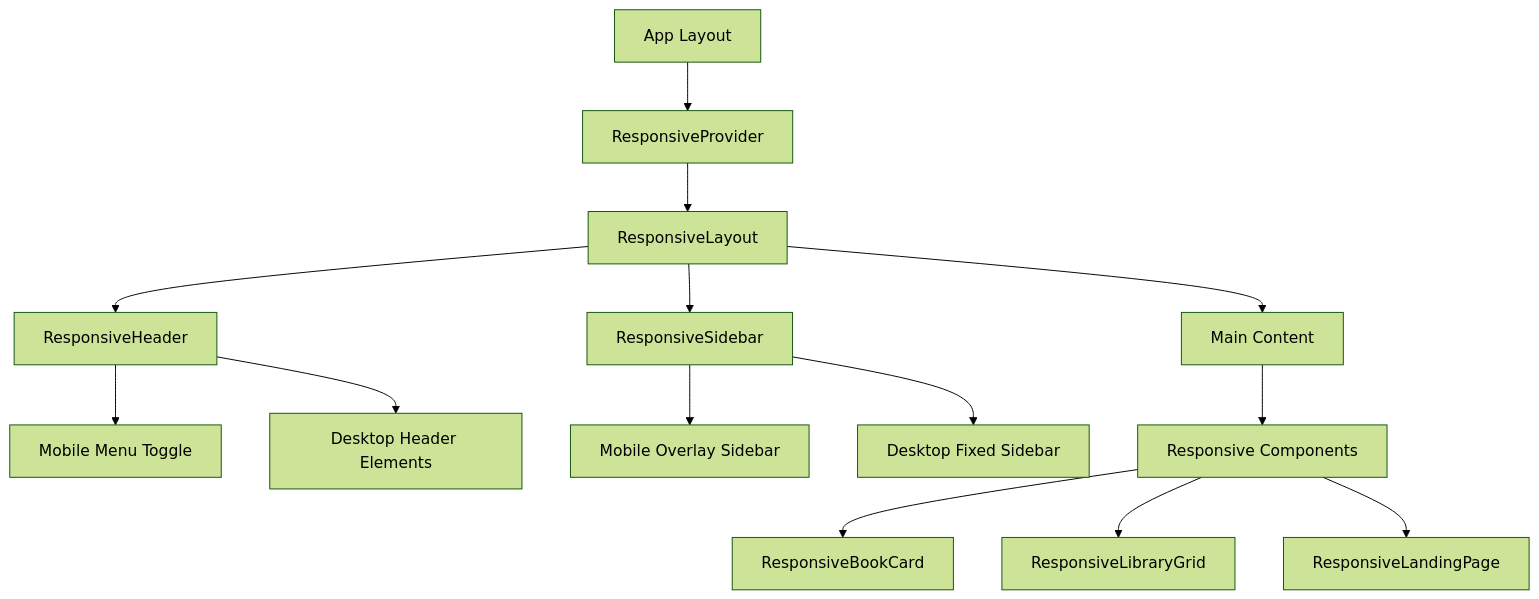
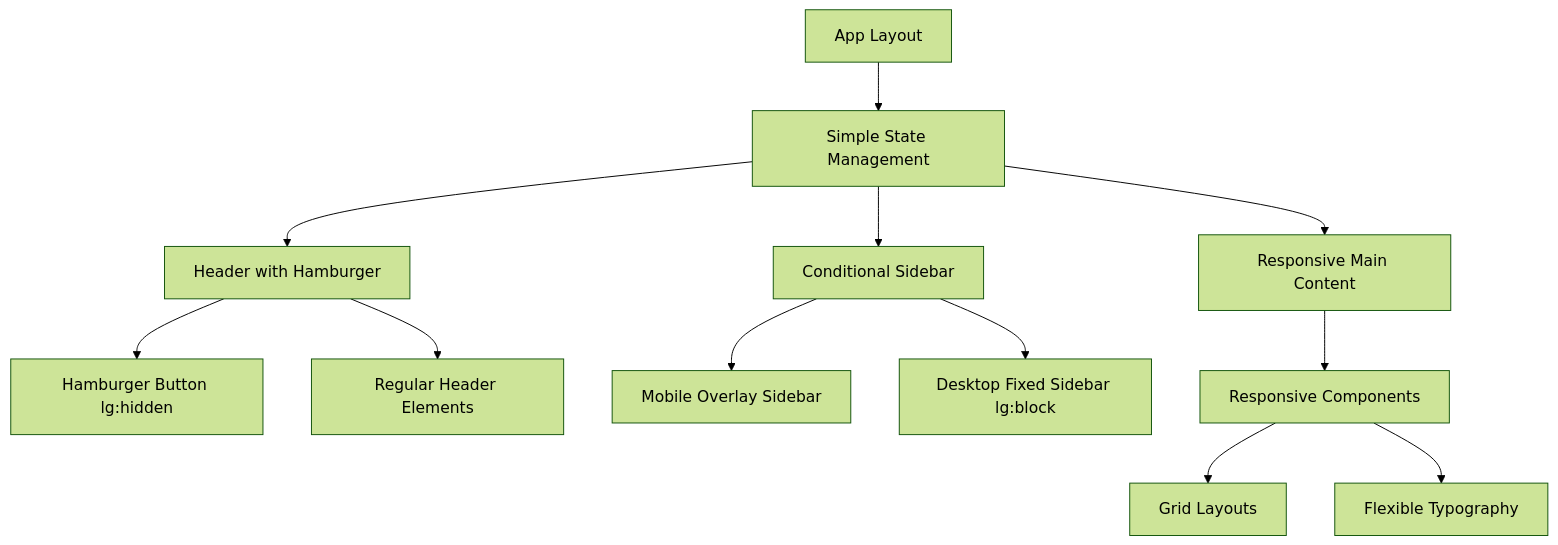
One commit to andersbekkevard/librarium-app changed the second of 2 diagrams in specs/responsive-mobile-ui/design.md. Above: the diagram before and after it, drawn with Mermaid (forest theme). The commit also changed other lines of this file and 16 other files, not shown here.

````diff
--- a/specs/responsive-mobile-ui/design.md
+++ b/specs/responsive-mobile-ui/design.md
@@ -38,19 +32,17 @@
 ```mermaid
 graph TB
-    A[App Layout] --> B[ResponsiveProvider]
-    B --> C[ResponsiveLayout]
-    C --> D[ResponsiveHeader]
-    C --> E[ResponsiveSidebar]
-    C --> F[Main Content]
+    A[App Layout] --> B[Simple State Management]
+    B --> C[Header with Hamburger]
+    B --> D[Conditional Sidebar]
+    B --> E[Responsive Main Content]
     
-    D --> G[Mobile Menu Toggle]
-    D --> H[Desktop Header Elements]
+    C --> F[Hamburger Button lg:hidden]
+    C --> G[Regular Header Elements]
     
-    E --> I[Mobile Overlay Sidebar]
-    E --> J[Desktop Fixed Sidebar]
+    D --> H[Mobile Overlay Sidebar]
+    D --> I[Desktop Fixed Sidebar lg:block]
     
-    F --> K[Responsive Components]
-    K --> L[ResponsiveBookCard]
-    K --> M[ResponsiveLibraryGrid]
-    K --> N[ResponsiveLandingPage]
+    E --> J[Responsive Components]
+    J --> K[Grid Layouts]
+    J --> L[Flexible Typography]
 ```
````
